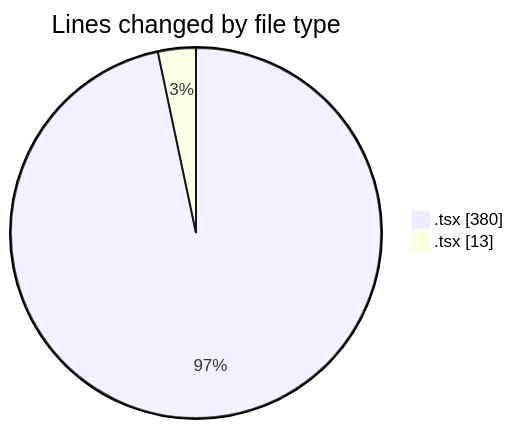
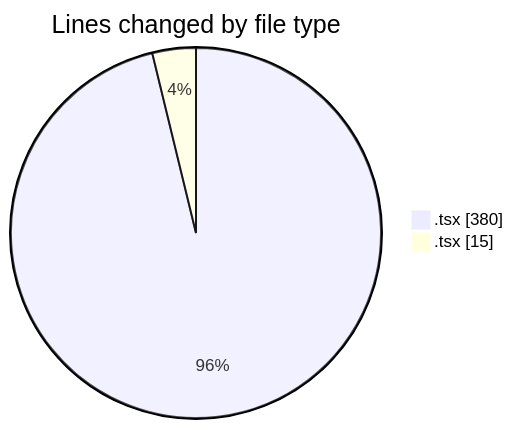
One commit to robertbonfada/code-tracking changed the first of 2 diagrams in 2025-02-06/mbc-web/README.md. Above: the diagram before and after it, drawn with Mermaid. The commit also changed other lines of this file and 1 other file, not shown here.

````diff
--- a/2025-02-06/mbc-web/README.md
+++ b/2025-02-06/mbc-web/README.md
@@ -21,6 +21,6 @@
 ```mermaid
 pie showData
 title Lines changed by file type
 ".tsx " : 380
-".tsx" : 13
+".tsx" : 15
 ```
````
